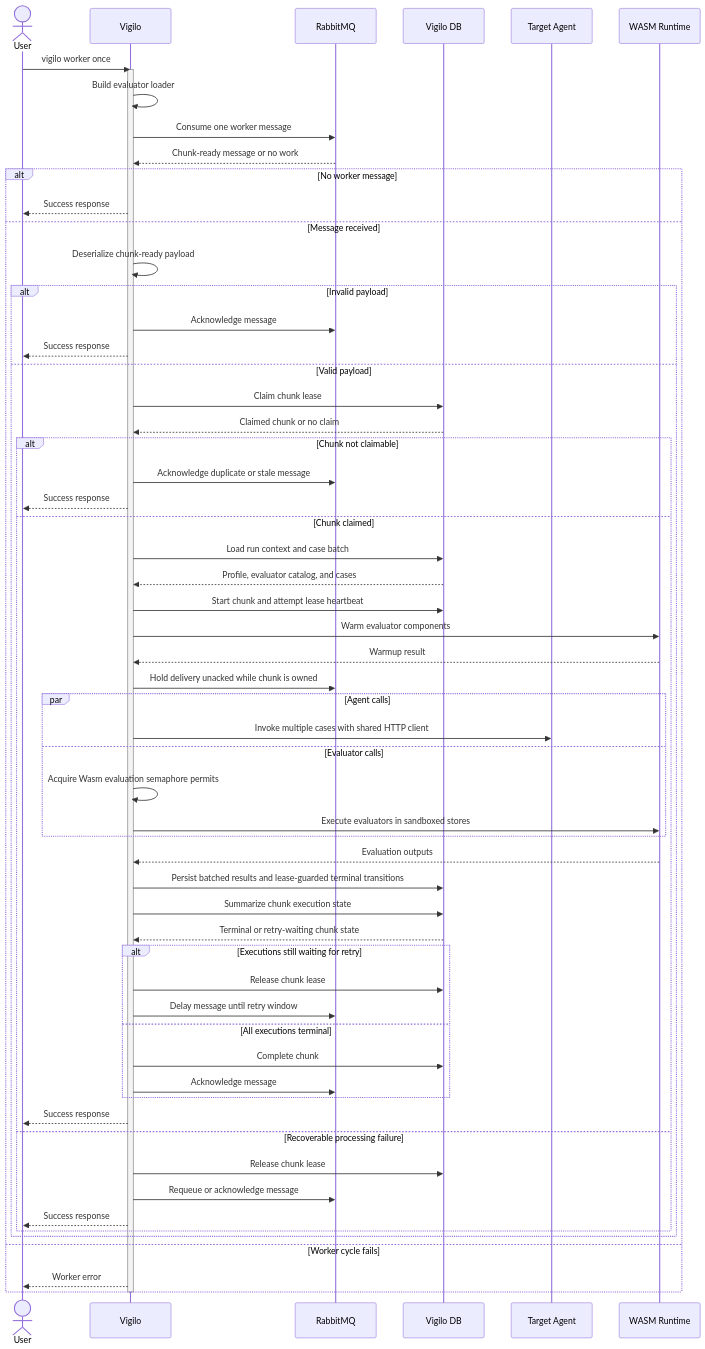
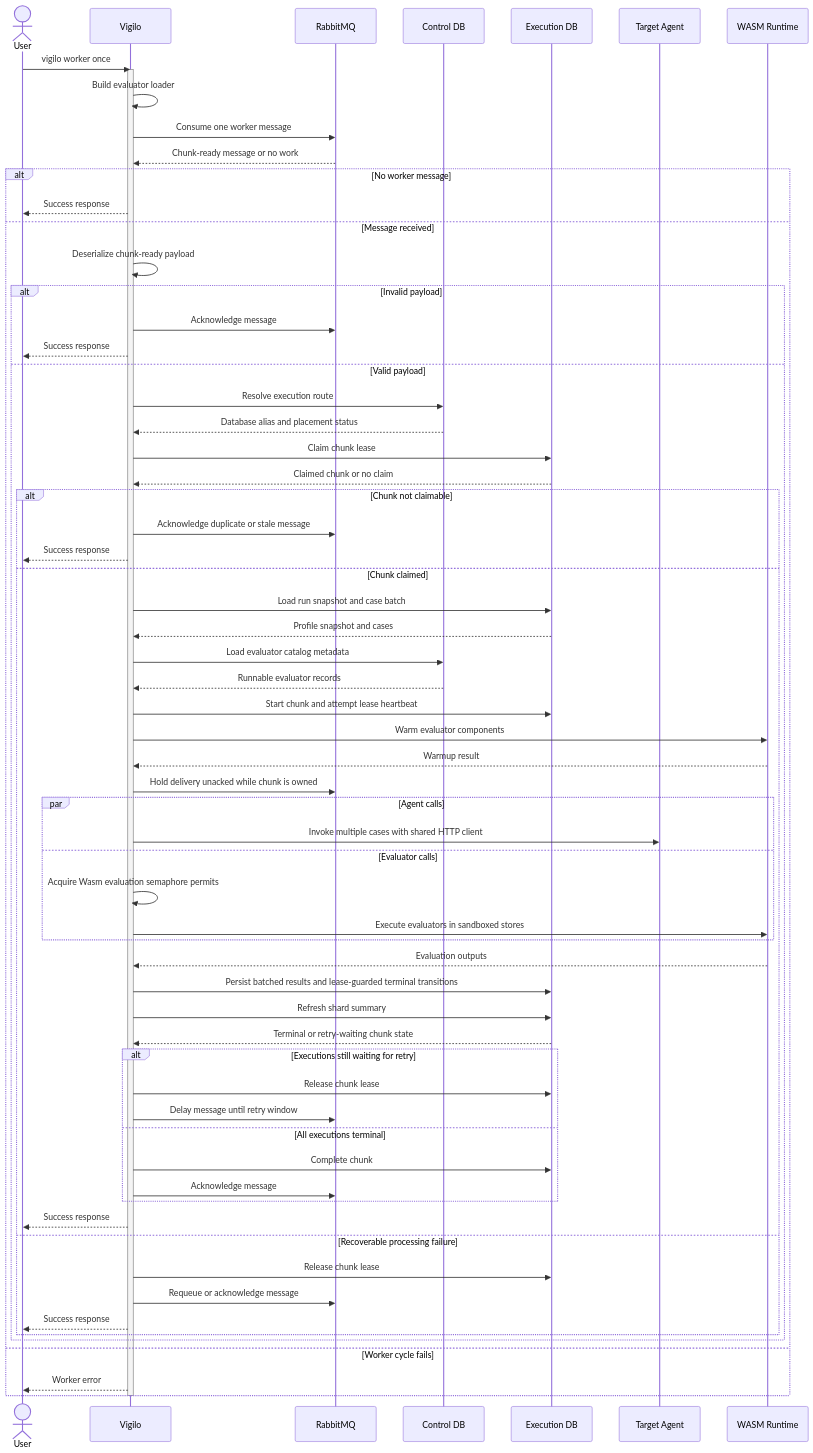
One commit to gregl83/agent-vigilo changed the diagram in web/docs/architecture/flows/worker/once/execution-flow.mmd. Above: the diagram before and after it, drawn with Mermaid. The commit also changed 16 other files, not shown here.

```diff
--- a/web/docs/architecture/flows/worker/once/execution-flow.mmd
+++ b/web/docs/architecture/flows/worker/once/execution-flow.mmd
@@ -1,71 +1,76 @@
 ---
 config:
   flowchart:
     nodeSpacing: 150
     rankSpacing: 80
   themeVariables:
     edgeLabelBackground: 'transparent'
 ---
 sequenceDiagram
     actor User
     participant Vigilo
     participant Queue as RabbitMQ
-    participant DB as Vigilo DB
+    participant ControlDB as Control DB
+    participant ExecutionDB as Execution DB
     participant Agent as Target Agent
     participant WASM as WASM Runtime
 
     User->>Vigilo: vigilo worker once
     activate Vigilo
     Vigilo->>Vigilo: Build evaluator loader
     Vigilo->>Queue: Consume one worker message
     Queue-->>Vigilo: Chunk-ready message or no work
 
     alt No worker message
         Vigilo-->>User: Success response
     else Message received
         Vigilo->>Vigilo: Deserialize chunk-ready payload
         alt Invalid payload
             Vigilo->>Queue: Acknowledge message
             Vigilo-->>User: Success response
         else Valid payload
-            Vigilo->>DB: Claim chunk lease
-            DB-->>Vigilo: Claimed chunk or no claim
+            Vigilo->>ControlDB: Resolve execution route
+            ControlDB-->>Vigilo: Database alias and placement status
+            Vigilo->>ExecutionDB: Claim chunk lease
+            ExecutionDB-->>Vigilo: Claimed chunk or no claim
 
             alt Chunk not claimable
                 Vigilo->>Queue: Acknowledge duplicate or stale message
                 Vigilo-->>User: Success response
             else Chunk claimed
-                Vigilo->>DB: Load run context and case batch
-                DB-->>Vigilo: Profile, evaluator catalog, and cases
-                Vigilo->>DB: Start chunk and attempt lease heartbeat
+                Vigilo->>ExecutionDB: Load run snapshot and case batch
+                ExecutionDB-->>Vigilo: Profile snapshot and cases
+                Vigilo->>ControlDB: Load evaluator catalog metadata
+                ControlDB-->>Vigilo: Runnable evaluator records
+                Vigilo->>ExecutionDB: Start chunk and attempt lease heartbeat
                 Vigilo->>WASM: Warm evaluator components
                 WASM-->>Vigilo: Warmup result
                 Vigilo->>Queue: Hold delivery unacked while chunk is owned
                 par Agent calls
                     Vigilo->>Agent: Invoke multiple cases with shared HTTP client
                 and Evaluator calls
                     Vigilo->>Vigilo: Acquire Wasm evaluation semaphore permits
                     Vigilo->>WASM: Execute evaluators in sandboxed stores
                 end
                 WASM-->>Vigilo: Evaluation outputs
-                Vigilo->>DB: Persist batched results and lease-guarded terminal transitions
-                Vigilo->>DB: Summarize chunk execution state
-                DB-->>Vigilo: Terminal or retry-waiting chunk state
+                Vigilo->>ExecutionDB: Persist batched results and lease-guarded terminal transitions
+                Vigilo->>ExecutionDB: Refresh shard summary
+                ExecutionDB-->>Vigilo: Terminal or retry-waiting chunk state
                 alt Executions still waiting for retry
-                    Vigilo->>DB: Release chunk lease
+                    Vigilo->>ExecutionDB: Release chunk lease
                     Vigilo->>Queue: Delay message until retry window
                 else All executions terminal
-                    Vigilo->>DB: Complete chunk
+                    Vigilo->>ExecutionDB: Complete chunk
                     Vigilo->>Queue: Acknowledge message
                 end
                 Vigilo-->>User: Success response
             else Recoverable processing failure
-                Vigilo->>DB: Release chunk lease
+                Vigilo->>ExecutionDB: Release chunk lease
                 Vigilo->>Queue: Requeue or acknowledge message
                 Vigilo-->>User: Success response
             end
         end
     else Worker cycle fails
         Vigilo-->>User: Worker error
     end
     deactivate Vigilo
```
